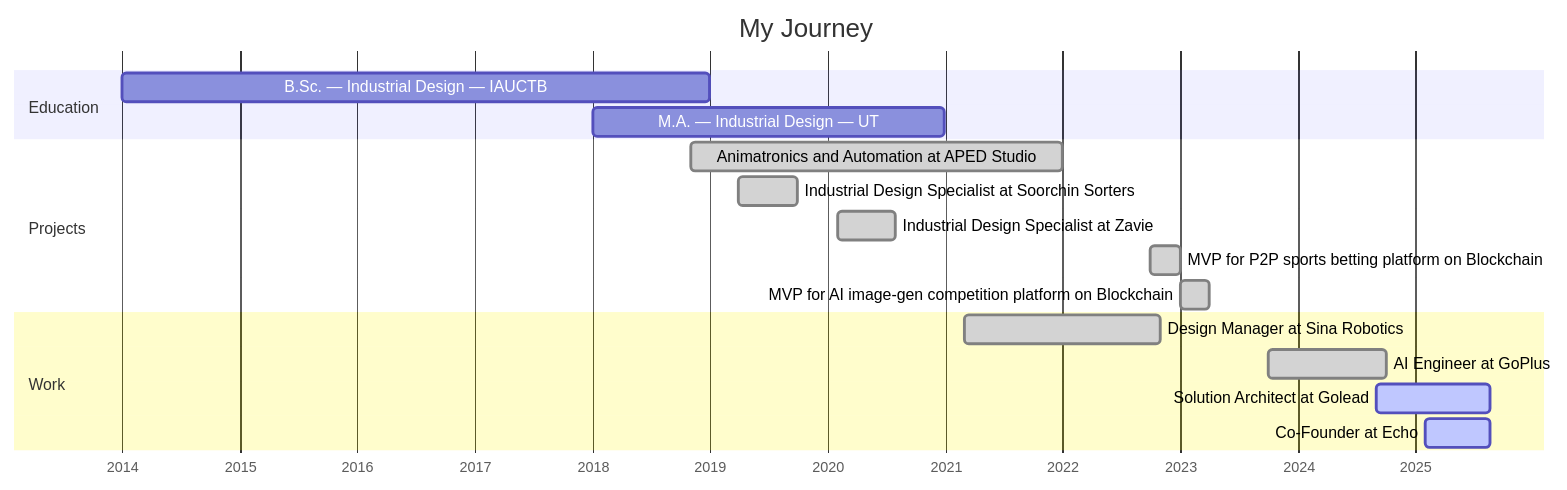
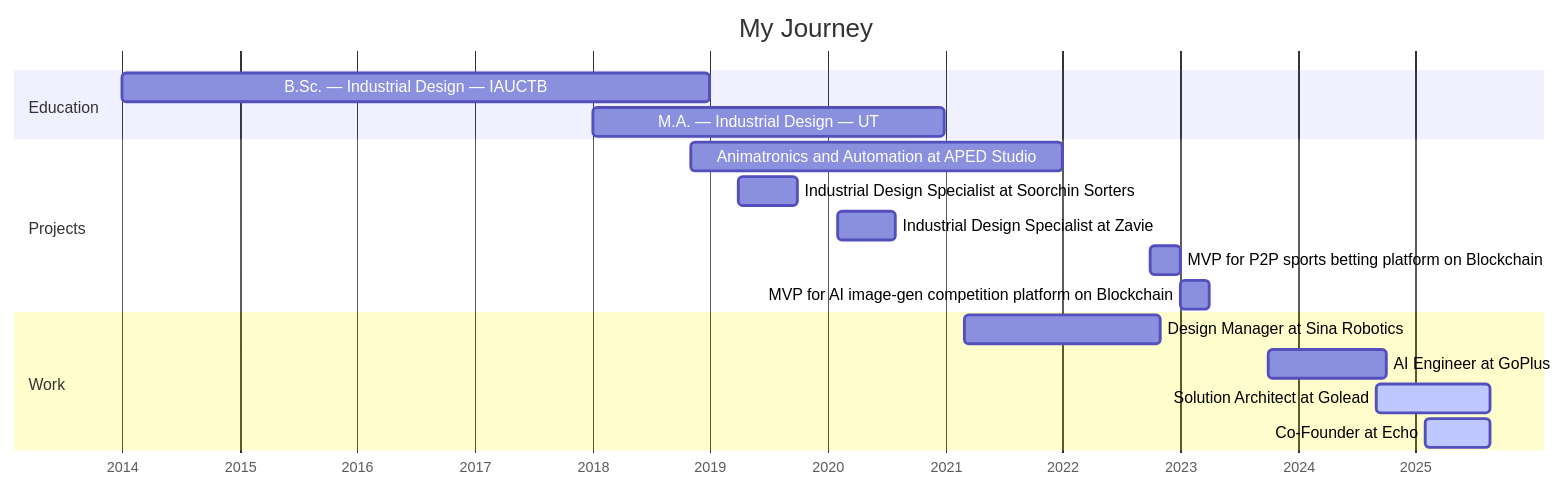
The diagram in README.md (behnamkhorsandian/behnamkhorsandian), drawn with Mermaid before and after one commit.

````diff
--- a/README.md
+++ b/README.md
@@ -16,23 +16,23 @@
 ```mermaid
 gantt
     title My Journey
     dateFormat  YYYY-MM-DD
     axisFormat  %Y
 
     section Education
         B.Sc. — Industrial Design — IAUCTB                   :edu_ba, 2014-01-01, 2018-12-31
         M.A. — Industrial Design — UT                        :edu_ma, 2018-01-01, 2020-12-31
 
     Section Projects
-        Animatronics and Automation at APED Studio                         :done, aped, 2018-11-01, 2021-12-31
-        Industrial Design Specialist at Soorchin Sorters               :done, pfk, 2019-04-01, 2019-09-30
-        Industrial Design Specialist at Zavie                          :done, zavie, 2020-02-01, 2020-07-31
-        MVP for P2P sports betting platform on Blockchain                 :done, freelance_bet, 2022-10-01, 2022-12-31
-        MVP for AI image-gen competition platform on Blockchain                      :done, freelance_ai_comp, 2023-01-01, 2023-03-31
+        Animatronics and Automation at APED Studio                         :aped, 2018-11-01, 2021-12-31
+        Industrial Design Specialist at Soorchin Sorters               :pfk, 2019-04-01, 2019-09-30
+        Industrial Design Specialist at Zavie                          :zavie, 2020-02-01, 2020-07-31
+        MVP for P2P sports betting platform on Blockchain                 :freelance_bet, 2022-10-01, 2022-12-31
+        MVP for AI image-gen competition platform on Blockchain                      :freelance_ai_comp, 2023-01-01, 2023-03-31
 
     section Work
-        Design Manager at Sina Robotics                                 :done, sina_dm, 2021-03-01, 2022-10-31
-        AI Engineer at GoPlus                                           :done, goplus_role, 2023-10-01, 2024-09-30
+        Design Manager at Sina Robotics                                 :sina_dm, 2021-03-01, 2022-10-31
+        AI Engineer at GoPlus                                           :goplus_role, 2023-10-01, 2024-09-30
         Solution Architect at Golead                                    :active, golead_role, 2024-09-01, 2025-08-20
         Co-Founder at Echo                                              :active, echo, 2025-02-01, 2025-08-20
 ```
````
